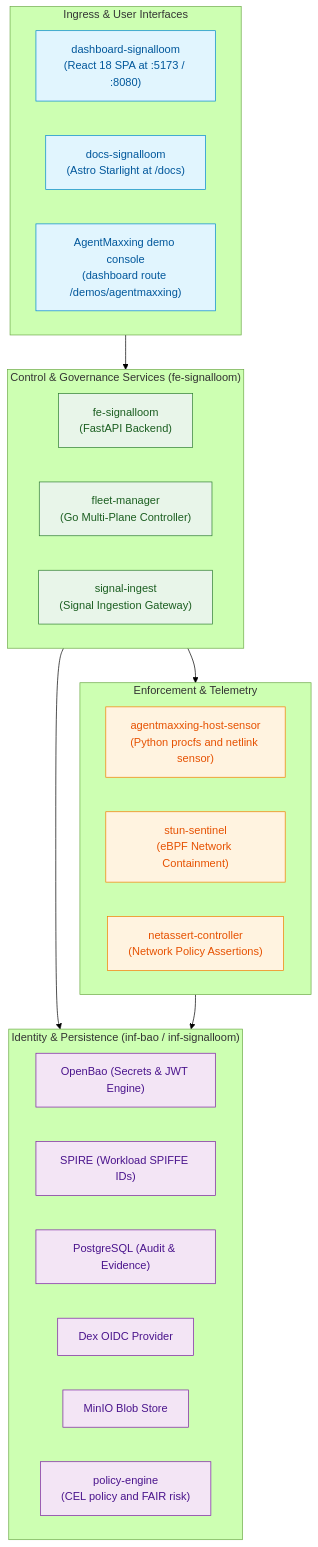
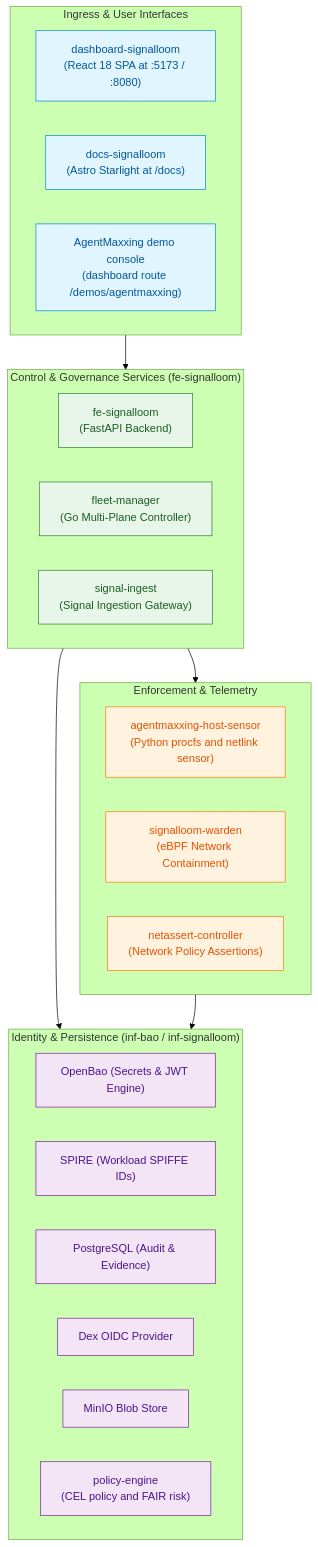
One commit to sublimino/architecture-as-code changed the diagram in d2-signalloom/AGENTS.md. Above: the diagram before and after it, drawn with Mermaid (forest theme). The commit also changed other lines of this file and 79 other files, not shown here.

Commit message:
test(sltm): rename tests and living docs to signalloom-warden and add guard

````diff
--- a/d2-signalloom/AGENTS.md
+++ b/d2-signalloom/AGENTS.md
@@ -10,43 +10,43 @@
 ```mermaid
 flowchart TB
   subgraph INGRESS["Ingress & User Interfaces"]
     SPA["dashboard-signalloom<br/>(React 18 SPA at :5173 / :8080)"]
     DOCS["docs-signalloom<br/>(Astro Starlight at /docs)"]
     CONSOLE["AgentMaxxing demo console<br/>(dashboard route /demos/agentmaxxing)"]
   end
 
   subgraph CONTROL["Control & Governance Services (fe-signalloom)"]
     API["fe-signalloom<br/>(FastAPI Backend)"]
     FM["fleet-manager<br/>(Go Multi-Plane Controller)"]
     INGEST["signal-ingest<br/>(Signal Ingestion Gateway)"]
   end
 
   subgraph ENFORCE["Enforcement & Telemetry"]
     SENSOR["agentmaxxing-host-sensor<br/>(Python procfs and netlink sensor)"]
-    SENTINEL["stun-sentinel<br/>(eBPF Network Containment)"]
+    SENTINEL["signalloom-warden<br/>(eBPF Network Containment)"]
     NETASSERT["netassert-controller<br/>(Network Policy Assertions)"]
   end
 
   subgraph IDENTITY["Identity & Persistence (inf-bao / inf-signalloom)"]
     BAO["OpenBao (Secrets & JWT Engine)"]
     SPIRE["SPIRE (Workload SPIFFE IDs)"]
     PG["PostgreSQL (Audit & Evidence)"]
     DEX["Dex OIDC Provider"]
     MINIO["MinIO Blob Store"]
     PE["policy-engine<br/>(CEL policy and FAIR risk)"]
   end
 
   INGRESS --> CONTROL
   CONTROL --> ENFORCE
   CONTROL --> IDENTITY
   ENFORCE --> IDENTITY
 
   classDef ui fill:#e1f5fe,stroke:#0288d1,color:#01579b;
   classDef ctrl fill:#e8f5e9,stroke:#2e7d32,color:#1b5e20;
   classDef enf fill:#fff3e0,stroke:#f57c00,color:#e65100;
   classDef idp fill:#f3e5f5,stroke:#7b1fa2,color:#4a148c;
   class SPA,DOCS,CONSOLE ui;
   class API,FM,INGEST ctrl;
   class SENSOR,SENTINEL,NETASSERT enf;
   class BAO,SPIRE,PG,DEX,MINIO,PE idp;
 ```
````
